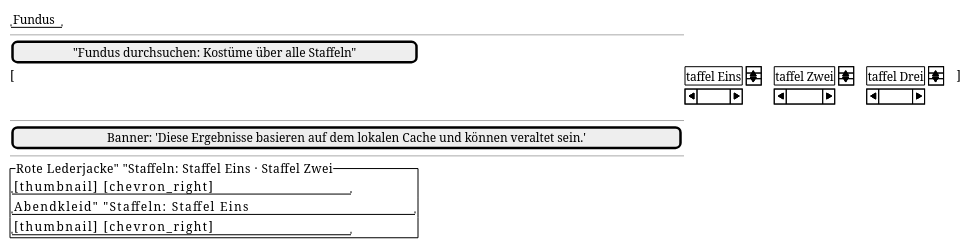
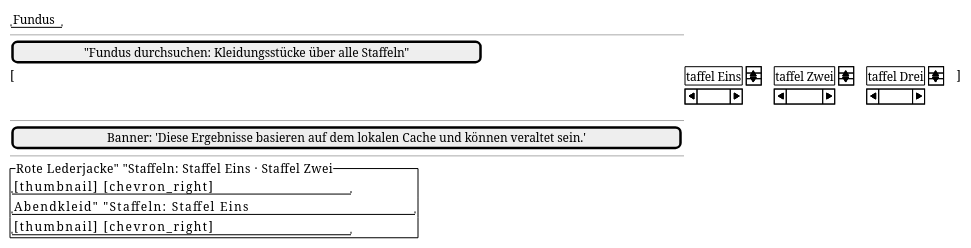
The diagram in docs/design/screens/fundus.md (tradem/breakdown-rs), drawn with PlantUML before and after one commit. The commit also changed other lines of this file and 25 other files, not shown here.

````diff
--- a/docs/design/screens/fundus.md
+++ b/docs/design/screens/fundus.md
@@ -21,17 +21,17 @@
 ```plantuml
 @startsalt
 {
   "Fundus"
   --
-  [ "Fundus durchsuchen: Kostüme über alle Staffeln" ]
+  [ "Fundus durchsuchen: Kleidungsstücke über alle Staffeln" ]
   [ {Staffel Eins} | {Staffel Zwei} | {Staffel Drei} ]
   --
   [Banner: 'Diese Ergebnisse basieren auf dem lokalen Cache und können veraltet sein.']
   --
   {^ "Rote Lederjacke"          "Staffeln: Staffel Eins · Staffel Zwei"
      " [thumbnail]               [chevron_right]"
      "Abendkleid"                "Staffeln: Staffel Eins"
      " [thumbnail]               [chevron_right]"}
 }
 @endsalt
 ```
````
